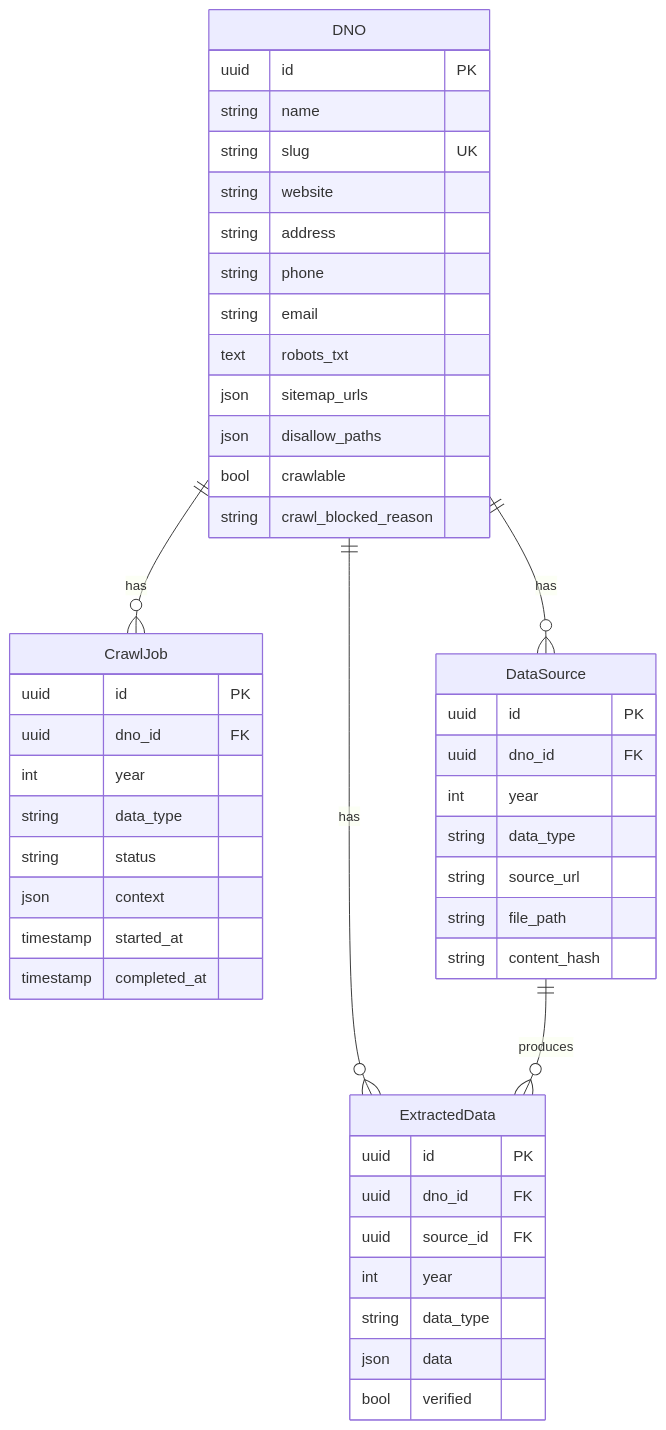
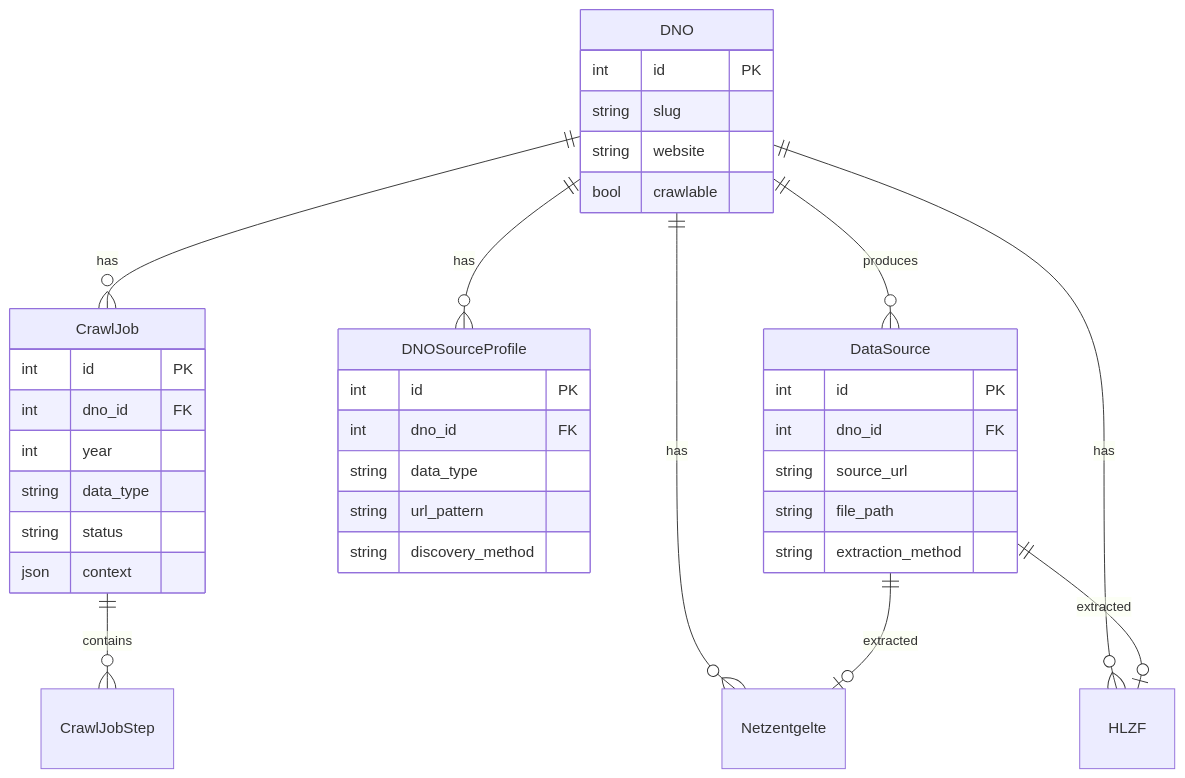
Before and after one commit to KyleDerZweite/dno-crawler: the tenth of 10 diagrams in backend/docs/FLOWCHART.md, drawn with Mermaid. The commit also changed other lines of this file and 6 other files, not shown here.

````diff
--- a/backend/docs/FLOWCHART.md
+++ b/backend/docs/FLOWCHART.md
@@ -337,53 +337,44 @@
 ```mermaid
 erDiagram
+    DNO ||--o{ CrawlJob : "has"
+    DNO ||--o{ DNOSourceProfile : "has"
+    DNO ||--o{ DataSource : "produces"
+    DNO ||--o{ Netzentgelte : "has"
+    DNO ||--o{ HLZF : "has"
+    
+    CrawlJob ||--o{ CrawlJobStep : "contains"
+    DataSource ||--o| Netzentgelte : "extracted"
+    DataSource ||--o| HLZF : "extracted"
+    
     DNO {
-        uuid id PK
-        string name
-        string slug UK
+        int id PK
+        string slug
         string website
-        string address
-        string phone
-        string email
-        text robots_txt
-        json sitemap_urls
-        json disallow_paths
         bool crawlable
-        string crawl_blocked_reason
+    }
+    
+    DNOSourceProfile {
+        int id PK
+        int dno_id FK
+        string data_type
+        string url_pattern
+        string discovery_method
     }
     
     CrawlJob {
-        uuid id PK
-        uuid dno_id FK
+        int id PK
+        int dno_id FK
         int year
         string data_type
         string status
         json context
-        timestamp started_at
-        timestamp completed_at
     }
     
     DataSource {
-        uuid id PK
-        uuid dno_id FK
-        int year
-        string data_type
+        int id PK
+        int dno_id FK
         string source_url
         string file_path
-        string content_hash
+        string extraction_method
     }
-    
-    ExtractedData {
-        uuid id PK
-        uuid dno_id FK
-        uuid source_id FK
-        int year
-        string data_type
-        json data
-        bool verified
-    }
-    
-    DNO ||--o{ CrawlJob : has
-    DNO ||--o{ DataSource : has
-    DNO ||--o{ ExtractedData : has
-    DataSource ||--o{ ExtractedData : produces
 ```
````
